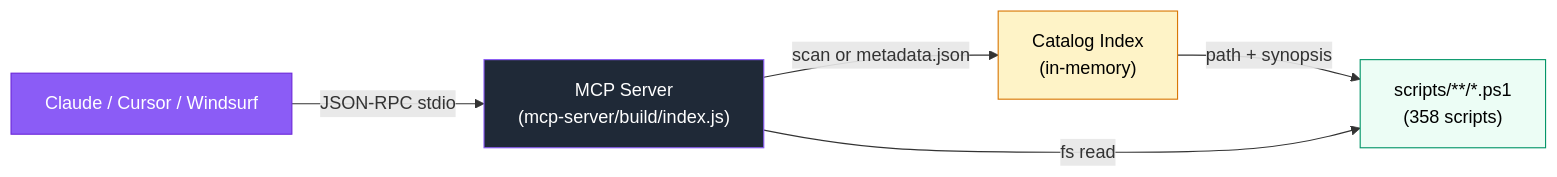
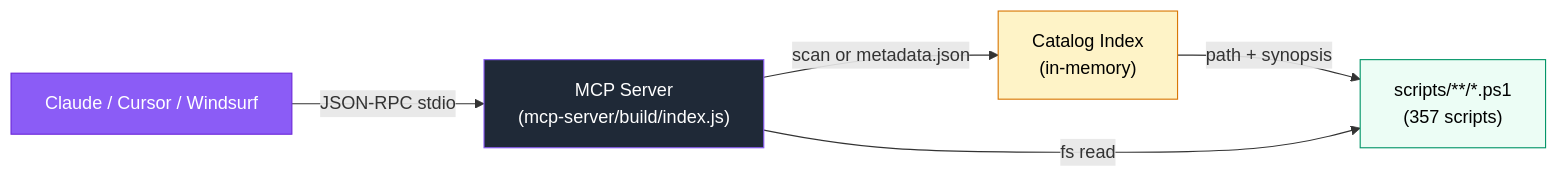
Before and after one commit to Carme99/bug-free-umbrella: the diagram in docs/MCP-Server.md, drawn with Mermaid. The commit also changed other lines of this file and 414 other files, not shown here.

````diff
--- a/docs/MCP-Server.md
+++ b/docs/MCP-Server.md
@@ -22,12 +22,12 @@
 ```mermaid
 flowchart LR
     Claude["Claude / Cursor / Windsurf"] -->|JSON-RPC stdio| MCP["MCP Server<br/>(mcp-server/build/index.js)"]
     MCP -->|scan or metadata.json| Catalog["Catalog Index<br/>(in-memory)"]
-    Catalog -->|path + synopsis| Scripts["scripts/**/*.ps1<br/>(358 scripts)"]
+    Catalog -->|path + synopsis| Scripts["scripts/**/*.ps1<br/>(357 scripts)"]
     MCP -->|fs read| Scripts
 
     style Claude fill:#8B5CF6,stroke:#6D28D9,color:#fff
     style MCP fill:#1F2937,stroke:#8B5CF6,color:#fff
     style Catalog fill:#FEF3C7,stroke:#D97706,color:#000
     style Scripts fill:#ECFDF5,stroke:#059669,color:#000
 ```
````
